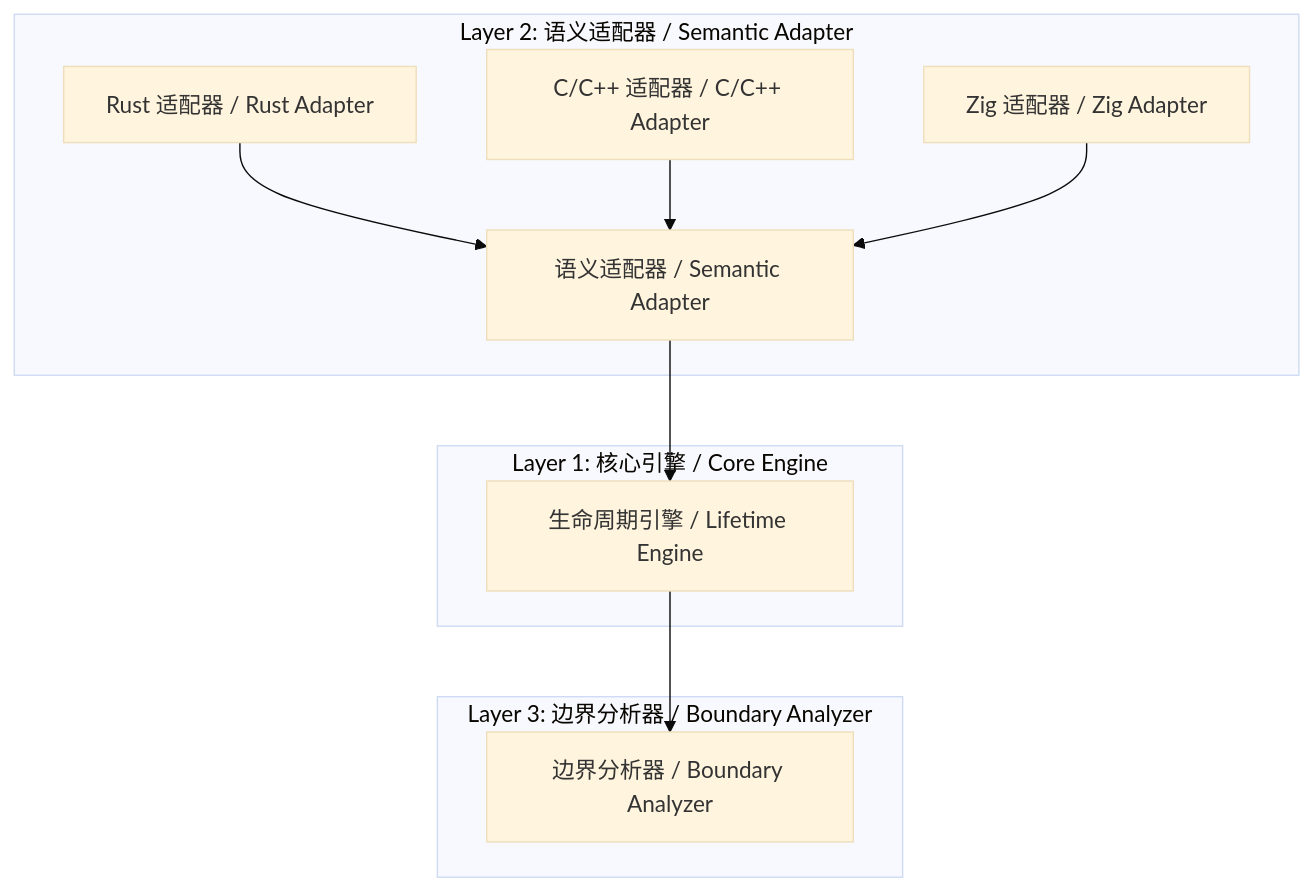
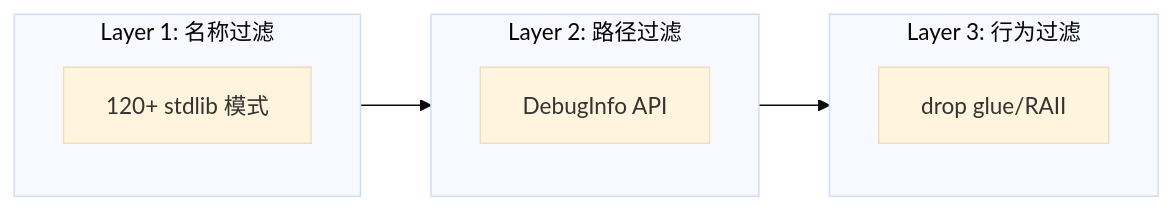
One commit to Timwood0x10/OmniScope changed the fourth of 4 diagrams in README_zh.md. Above: the diagram before and after it, drawn with Mermaid (base theme). The commit also changed other lines of this file and 39 other files, not shown here.

````diff
--- a/README_zh.md
+++ b/README_zh.md
@@ -92,18 +156,13 @@
 ```mermaid
-graph TB
-    subgraph L3["Layer 3: 边界分析器 / Boundary Analyzer"]
-        BA["边界分析器 / Boundary Analyzer"]
+graph LR
+    subgraph L1["Layer 1: 名称过滤"]
+        N1[120+ stdlib 模式]
     end
-    subgraph L2["Layer 2: 语义适配器 / Semantic Adapter"]
-        SA["语义适配器 / Semantic Adapter"]
-        RA["Rust 适配器 / Rust Adapter"]
-        CA["C/C++ 适配器 / C/C++ Adapter"]
-        ZA["Zig 适配器 / Zig Adapter"]
+    subgraph L2["Layer 2: 路径过滤"]
+        N2[DebugInfo API]
     end
-    subgraph L1["Layer 1: 核心引擎 / Core Engine"]
-        CE["生命周期引擎 / Lifetime Engine"]
+    subgraph L3["Layer 3: 行为过滤"]
+        N3[drop glue/RAII]
     end
-    RA & CA & ZA --> SA
-    SA --> CE
-    CE --> BA
+    L1 --> L2 --> L3
 ```
````
